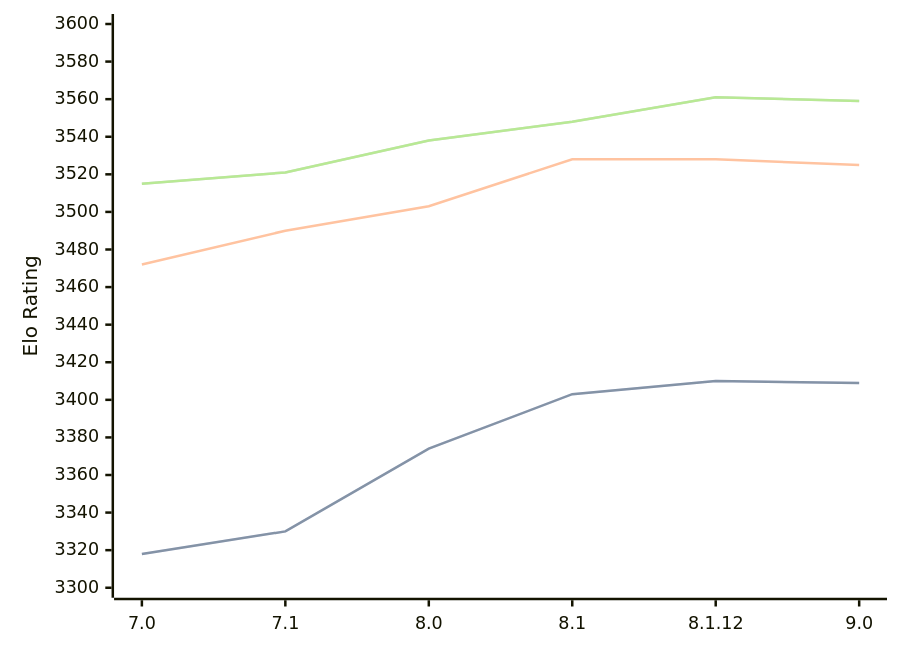
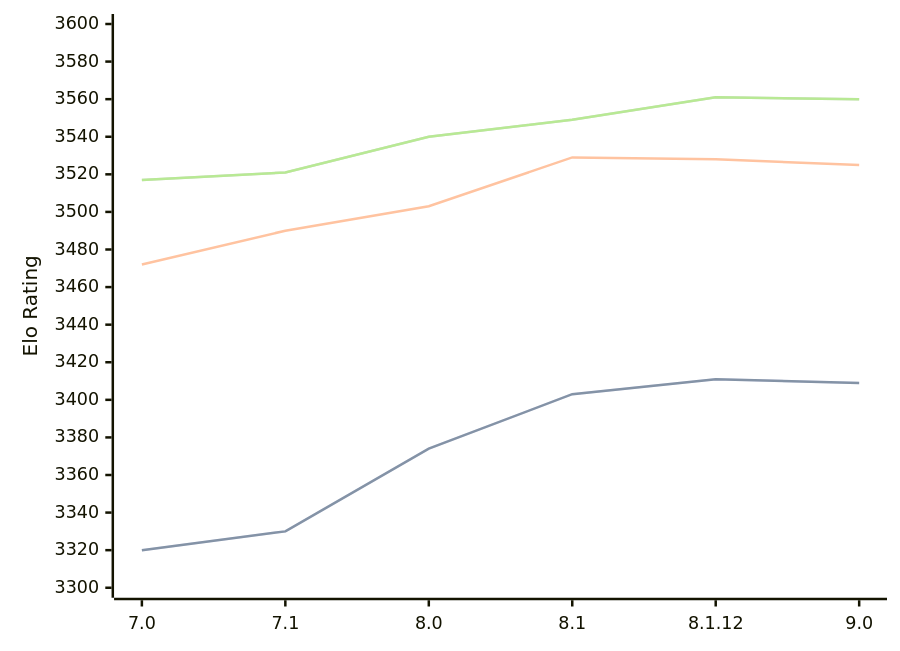
Before and after one commit to computer-chess-index/cci: the first of 3 diagrams in engines/Alexandria.md, drawn with Mermaid. The commit also changed other lines of this file, not shown here.

Commit message:
Update CCI Ratings (ELO VLTC) - 2026-06-15

````diff
--- a/engines/Alexandria.md
+++ b/engines/Alexandria.md
@@ -55,11 +55,11 @@
 ```mermaid
 %%{init: {"theme":"base","themeVariables":{"seriesColors:['#a3a3a3','#222221','#faa371']}}}%%
 xychart-beta
   x-axis ["7.0", "7.1", "8.0", "8.1", "8.1.12", "9.0"]
   y-axis "Elo Rating" 3300 --> 3600
-  line "STC (8.0+0.08s)" [3318, 3330, 3374, 3403, 3410, 3409]
-  line "STC (8.0+0.08s)" [3318, 3330, 3374, 3403, 3410, 3409]
-  line "LTC (60.0+0.60s)" [3472, 3490, 3503, 3528, 3528, 3525]
-  line "VLTC (2m24s+1.12s)" [3515, 3521, 3538, 3548, 3561, 3559]
-  line "VLTC (2m24s+1.12s)" [3515, 3521, 3538, 3548, 3561, 3559]
+  line "STC (8.0+0.08s)" [3320, 3330, 3374, 3403, 3411, 3409]
+  line "STC (8.0+0.08s)" [3320, 3330, 3374, 3403, 3411, 3409]
+  line "LTC (60.0+0.60s)" [3472, 3490, 3503, 3529, 3528, 3525]
+  line "VLTC (2m24s+1.12s)" [3517, 3521, 3540, 3549, 3561, 3560]
+  line "VLTC (2m24s+1.12s)" [3517, 3521, 3540, 3549, 3561, 3560]
 ```
````
